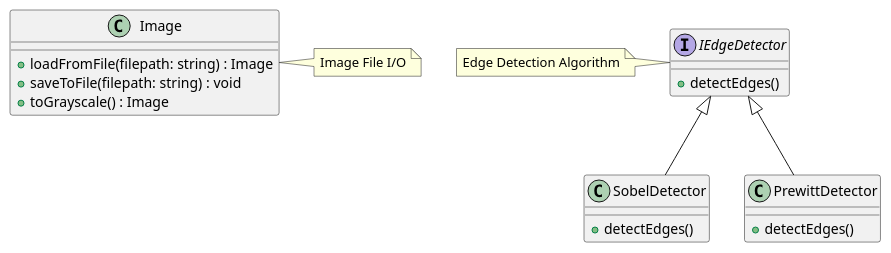
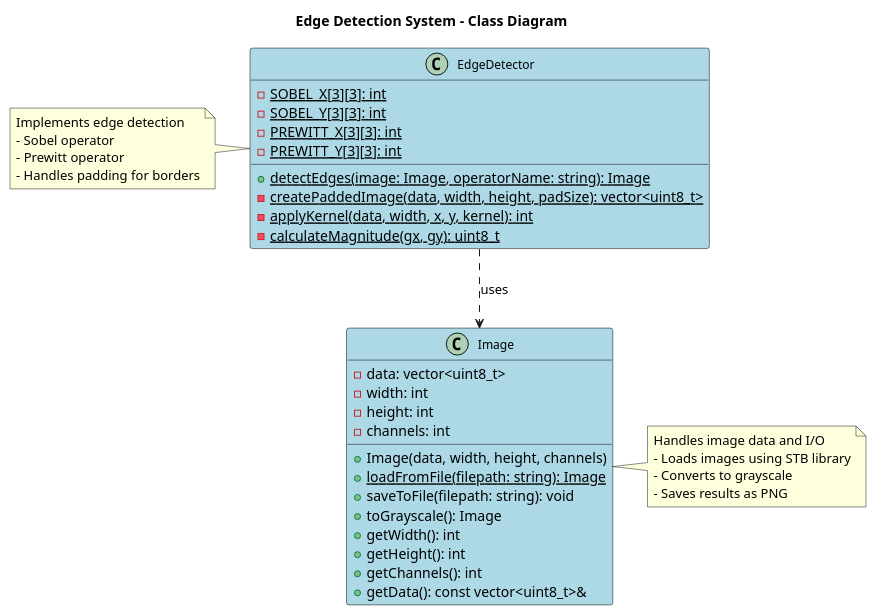
Before and after one commit to paladin1410/image-edge-detection-cpp: the diagram in docs/edge_detector_architecture.puml, drawn with PlantUML. The commit also changed 2 other files, not shown here.

Commit message:
[Docs][Core][Update final UML diagram and README][TASK20250706_0005][Review updated README and UML diagram in the repository]

```diff
--- a/docs/edge_detector_architecture.puml
+++ b/docs/edge_detector_architecture.puml
@@ -1,27 +1,58 @@
 @startuml
+' Add a title
+title Edge Detection System - Class Diagram
 
+' Simple color scheme
+skinparam classBackgroundColor lightblue
+skinparam classBorderColor black
+skinparam classFontSize 12
+
+' Image class
 class Image {
-  +loadFromFile(filepath: string) : Image
-  +saveToFile(filepath: string) : void
-  +toGrayscale() : Image
+  - data: vector<uint8_t>
+  - width: int
+  - height: int
+  - channels: int
+  __
+  + Image(data, width, height, channels)
+  + {static} loadFromFile(filepath: string): Image
+  + saveToFile(filepath: string): void
+  + toGrayscale(): Image
+  + getWidth(): int
+  + getHeight(): int
+  + getChannels(): int
+  + getData(): const vector<uint8_t>&
 }
 
-interface IEdgeDetector {
-  +detectEdges()
+' EdgeDetector class
+class EdgeDetector {
+  - {static} SOBEL_X[3][3]: int
+  - {static} SOBEL_Y[3][3]: int
+  - {static} PREWITT_X[3][3]: int
+  - {static} PREWITT_Y[3][3]: int
+  __
+  + {static} detectEdges(image: Image, operatorName: string): Image
+  - {static} createPaddedImage(data, width, height, padSize): vector<uint8_t>
+  - {static} applyKernel(data, width, x, y, kernel): int
+  - {static} calculateMagnitude(gx, gy): uint8_t
 }
 
-class SobelDetector {
-  +detectEdges()
-}
+' Relationship
+EdgeDetector ..> Image : uses
 
-class PrewittDetector {
-  +detectEdges()
-}
+' Notes
+note right of Image
+  Handles image data and I/O
+  - Loads images using STB library
+  - Converts to grayscale
+  - Saves results as PNG
+end note
 
-IEdgeDetector <|-- SobelDetector
-IEdgeDetector <|-- PrewittDetector
-
-note right of Image : Image File I/O
-note left of IEdgeDetector : Edge Detection Algorithm
+note left of EdgeDetector
+  Implements edge detection
+  - Sobel operator
+  - Prewitt operator
+  - Handles padding for borders
+end note
 
 @enduml
```
